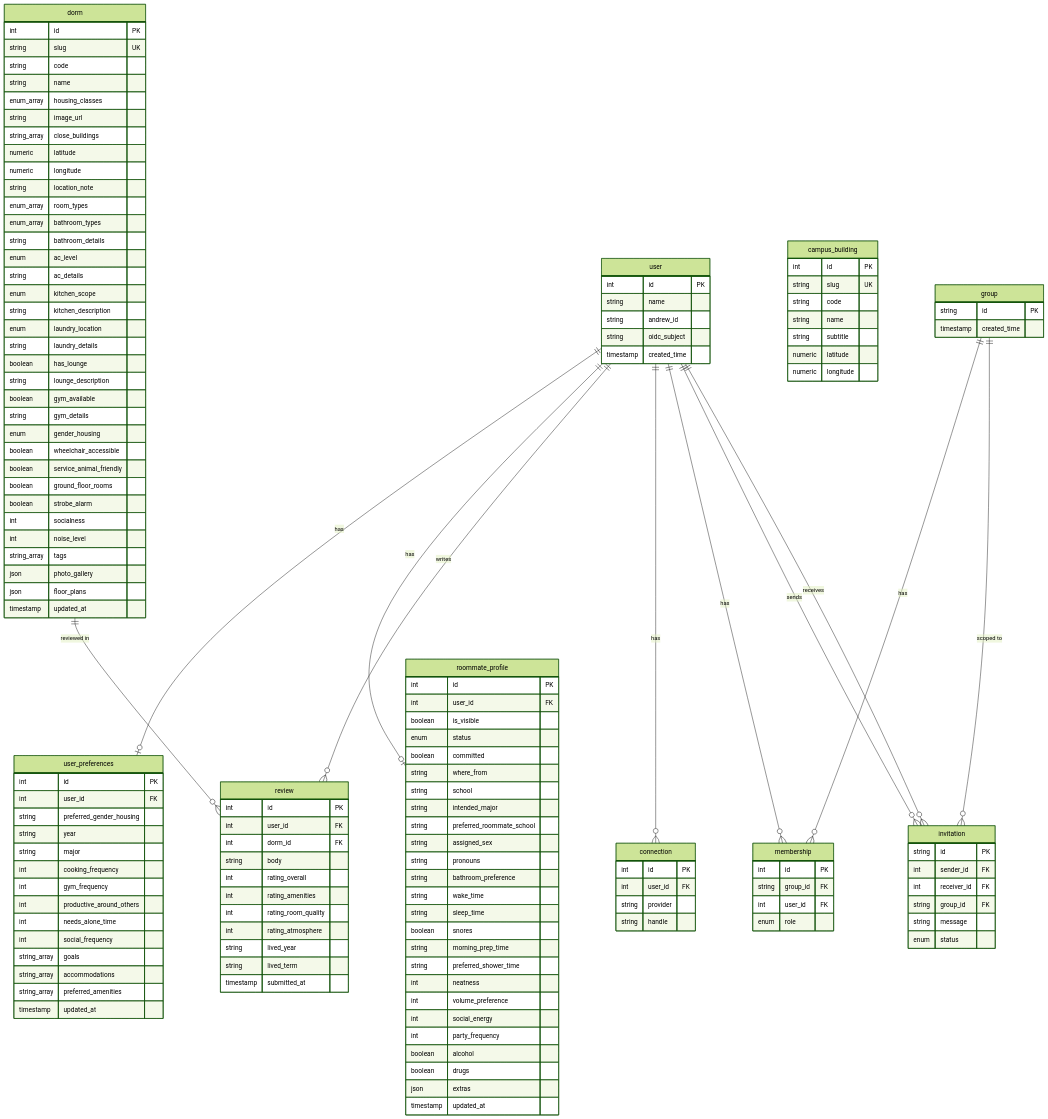
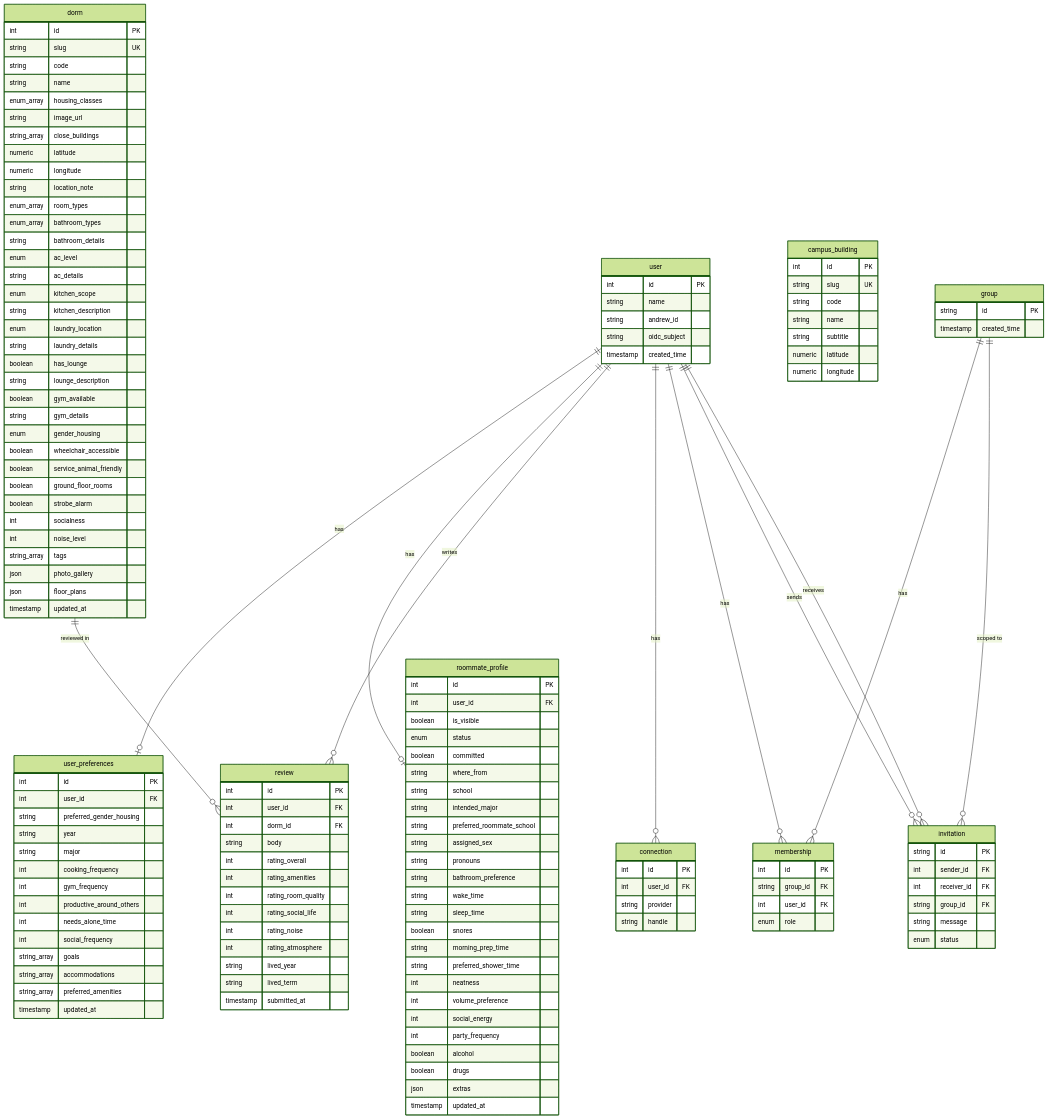
One commit to ScottyLabs/housing changed the diagram in docs/database-schema.md. Above: the diagram before and after it, drawn with Mermaid (forest theme). The commit also changed other lines of this file and 18 other files, not shown here.

Commit message:
feat: rate social life and noise in reviews and use them for atmosphere

```diff
--- a/docs/database-schema.md
+++ b/docs/database-schema.md
@@ -113,6 +113,8 @@
         int rating_overall
         int rating_amenities
         int rating_room_quality
+        int rating_social_life
+        int rating_noise
         int rating_atmosphere
         string lived_year
         string lived_term
```
